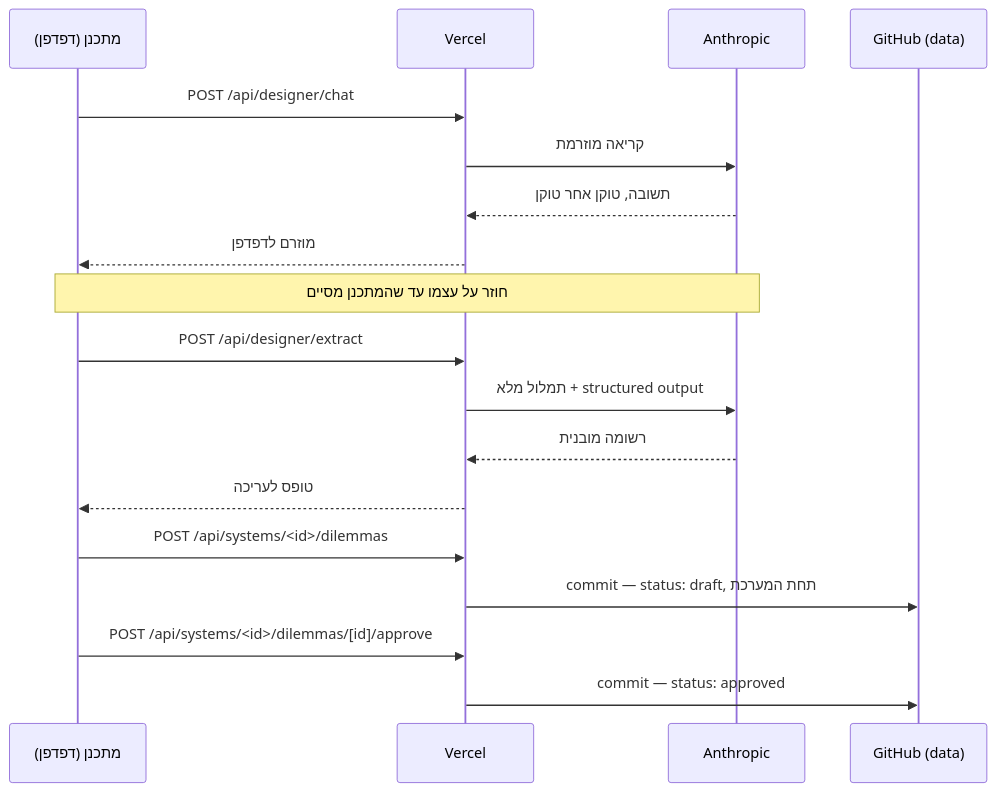
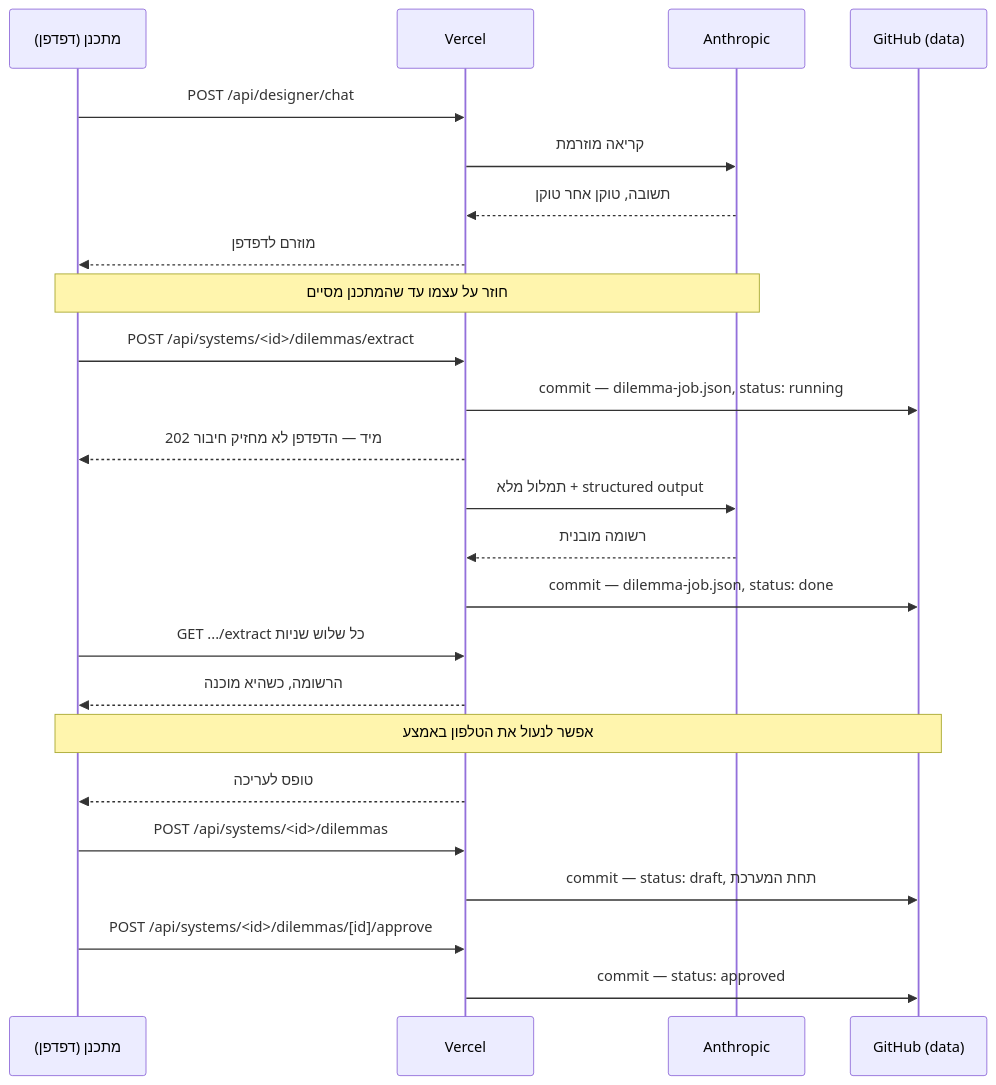
Before and after one commit to nimrodekel-hub/AD_SIMULATOR: the second of 3 diagrams in ARCHITECTURE.md, drawn with Mermaid. The commit also changed other lines of this file, not shown here.

First line of the commit message:
Document the background-job design and the measured timings

````diff
--- a/ARCHITECTURE.md
+++ b/ARCHITECTURE.md
@@ -256,24 +256,30 @@
 ```mermaid
 sequenceDiagram
     participant D as מתכנן (דפדפן)
     participant V as Vercel
     participant A as Anthropic
     participant G as GitHub (data)
 
     D->>V: POST /api/designer/chat
     V->>A: קריאה מוזרמת
     A-->>V: תשובה, טוקן אחר טוקן
     V-->>D: מוזרם לדפדפן
     Note over D,A: חוזר על עצמו עד שהמתכנן מסיים
 
-    D->>V: POST /api/designer/extract
+    D->>V: POST /api/systems/<id>/dilemmas/extract
+    V->>G: commit — dilemma-job.json, status: running
+    V-->>D: 202 מיד — הדפדפן לא מחזיק חיבור
     V->>A: תמלול מלא + structured output
     A-->>V: רשומה מובנית
+    V->>G: commit — dilemma-job.json, status: done
+    D->>V: GET .../extract כל שלוש שניות
+    V-->>D: הרשומה, כשהיא מוכנה
+    Note over D,G: אפשר לנעול את הטלפון באמצע
     V-->>D: טופס לעריכה
 
     D->>V: POST /api/systems/<id>/dilemmas
     V->>G: commit — status: draft, תחת המערכת
 
     D->>V: POST /api/systems/<id>/dilemmas/[id]/approve
     V->>G: commit — status: approved
 ```
````
